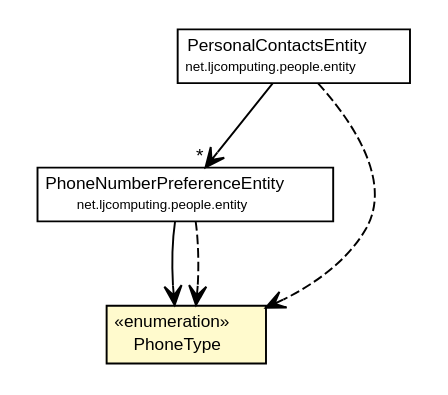
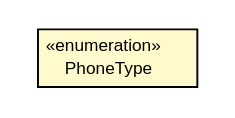
The diagram in net.ljcomputing.people/docs/javadoc/apidocs/net/ljcomputing/people/domain/PhoneType.dot (willmorejg/net.ljcomputing.ecsr), drawn with Graphviz before and after one commit. The commit also changed 295 other files, not shown here.

```diff
--- a/net.ljcomputing.people/docs/javadoc/apidocs/net/ljcomputing/people/domain/PhoneType.dot
+++ b/net.ljcomputing.people/docs/javadoc/apidocs/net/ljcomputing/people/domain/PhoneType.dot
@@ -1,41 +1,19 @@
 #!/usr/local/bin/dot
 #
 # Class diagram 
 # Generated by UMLGraph version R5_6 (http://www.umlgraph.org/)
 #
 
 digraph G {
 	edge [fontname="Helvetica",fontsize=10,labelfontname="Helvetica",labelfontsize=10];
 	node [fontname="Helvetica",fontsize=10,shape=plaintext];
 	nodesep=0.25;
 	ranksep=0.5;
-	// net.ljcomputing.people.entity.PersonalContactsEntity
-	c1838 [label=<<table title="net.ljcomputing.people.entity.PersonalContactsEntity" border="0" cellborder="1" cellspacing="0" cellpadding="2" port="p" href="../entity/PersonalContactsEntity.html">
-		<tr><td><table border="0" cellspacing="0" cellpadding="1">
-<tr><td align="center" balign="center"> PersonalContactsEntity </td></tr>
-<tr><td align="center" balign="center"><font point-size="7.0"> net.ljcomputing.people.entity </font></td></tr>
-		</table></td></tr>
-		</table>>, URL="../entity/PersonalContactsEntity.html", fontname="Helvetica", fontcolor="black", fontsize=9.0];
-	// net.ljcomputing.people.entity.PhoneNumberPreferenceEntity
-	c1843 [label=<<table title="net.ljcomputing.people.entity.PhoneNumberPreferenceEntity" border="0" cellborder="1" cellspacing="0" cellpadding="2" port="p" href="../entity/PhoneNumberPreferenceEntity.html">
-		<tr><td><table border="0" cellspacing="0" cellpadding="1">
-<tr><td align="center" balign="center"> PhoneNumberPreferenceEntity </td></tr>
-<tr><td align="center" balign="center"><font point-size="7.0"> net.ljcomputing.people.entity </font></td></tr>
-		</table></td></tr>
-		</table>>, URL="../entity/PhoneNumberPreferenceEntity.html", fontname="Helvetica", fontcolor="black", fontsize=9.0];
 	// net.ljcomputing.people.domain.PhoneType
-	c1856 [label=<<table title="net.ljcomputing.people.domain.PhoneType" border="0" cellborder="1" cellspacing="0" cellpadding="2" port="p" bgcolor="lemonChiffon" href="./PhoneType.html">
+	c192 [label=<<table title="net.ljcomputing.people.domain.PhoneType" border="0" cellborder="1" cellspacing="0" cellpadding="2" port="p" bgcolor="lemonChiffon" href="./PhoneType.html">
 		<tr><td><table border="0" cellspacing="0" cellpadding="1">
 <tr><td align="center" balign="center"> &#171;enumeration&#187; </td></tr>
 <tr><td align="center" balign="center"> PhoneType </td></tr>
 		</table></td></tr>
 		</table>>, URL="./PhoneType.html", fontname="Helvetica", fontcolor="black", fontsize=9.0];
-	// net.ljcomputing.people.entity.PersonalContactsEntity NAVASSOC net.ljcomputing.people.entity.PhoneNumberPreferenceEntity
-	c1838:p -> c1843:p [taillabel="", label="", headlabel="*", fontname="Helvetica", fontcolor="black", fontsize=10.0, color="black", arrowhead=open];
-	// net.ljcomputing.people.entity.PhoneNumberPreferenceEntity NAVASSOC net.ljcomputing.people.domain.PhoneType
-	c1843:p -> c1856:p [taillabel="", label="", headlabel="", fontname="Helvetica", fontcolor="black", fontsize=10.0, color="black", arrowhead=open];
-	// net.ljcomputing.people.entity.PersonalContactsEntity DEPEND net.ljcomputing.people.domain.PhoneType
-	c1838:p -> c1856:p [taillabel="", label="", headlabel="", fontname="Helvetica", fontcolor="black", fontsize=10.0, color="black", arrowhead=open, style=dashed];
-	// net.ljcomputing.people.entity.PhoneNumberPreferenceEntity DEPEND net.ljcomputing.people.domain.PhoneType
-	c1843:p -> c1856:p [taillabel="", label="", headlabel="", fontname="Helvetica", fontcolor="black", fontsize=10.0, color="black", arrowhead=open, style=dashed];
 }
```
